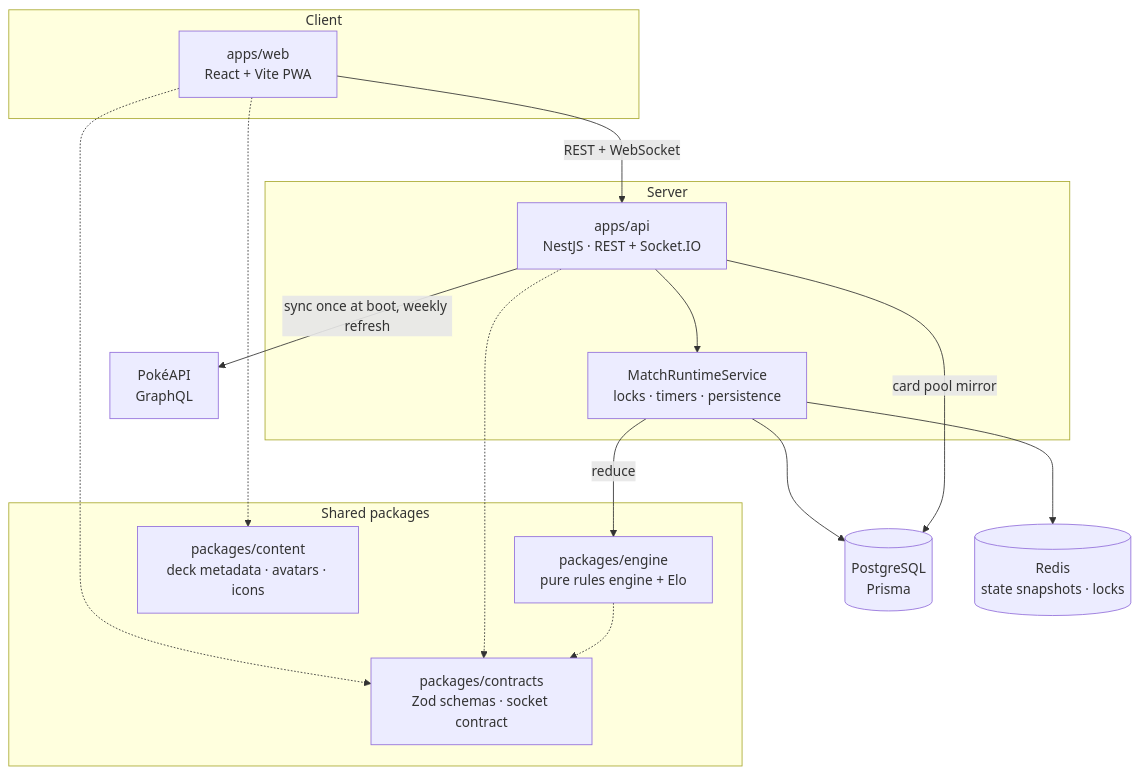
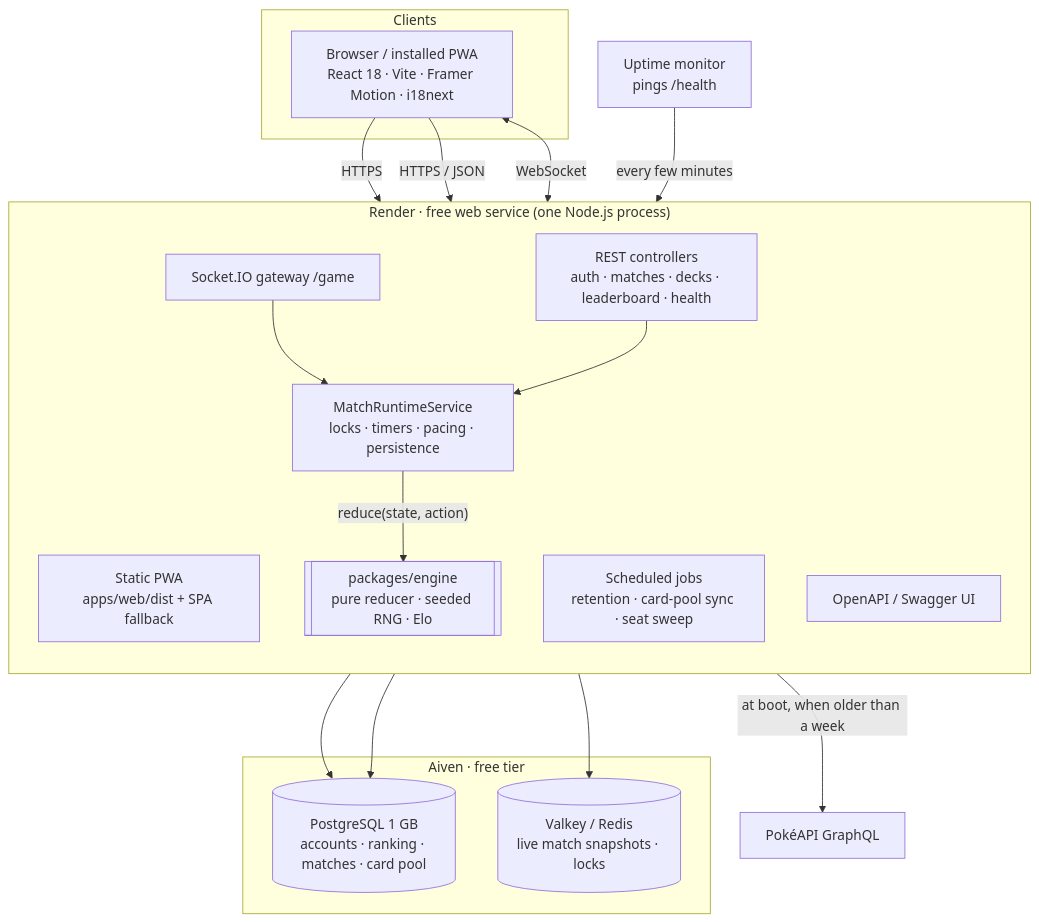
The second of 7 diagrams in README.md (RafArenasDev/Kardux-Battle), drawn with Mermaid before and after one commit. The commit also changed other lines of this file and 14 other files, not shown here.

````diff
--- a/README.md
+++ b/README.md
@@ -107,30 +225,37 @@
 ```mermaid
-graph TD
-    subgraph Client
-        WEB[apps/web<br/>React + Vite PWA]
+graph TB
+    subgraph Clients
+        BROWSER[Browser / installed PWA<br/>React 18 · Vite · Framer Motion · i18next]
     end
-    subgraph Server
-        API[apps/api<br/>NestJS · REST + Socket.IO]
-        RUNTIME[MatchRuntimeService<br/>locks · timers · persistence]
+
+    subgraph Render["Render · free web service (one Node.js process)"]
+        direction TB
+        STATIC[Static PWA<br/>apps/web/dist + SPA fallback]
+        REST[REST controllers<br/>auth · matches · decks · leaderboard · health]
+        WS[Socket.IO gateway /game]
+        RUNTIME[MatchRuntimeService<br/>locks · timers · pacing · persistence]
+        ENGINE[[packages/engine<br/>pure reducer · seeded RNG · Elo]]
+        JOBS[Scheduled jobs<br/>retention · card-pool sync · seat sweep]
+        SWAGGER[OpenAPI / Swagger UI]
     end
-    subgraph Shared packages
-        ENGINE[packages/engine<br/>pure rules engine + Elo]
-        CONTRACTS[packages/contracts<br/>Zod schemas · socket contract]
-        CONTENT[packages/content<br/>deck metadata · avatars · icons]
+
+    subgraph Aiven["Aiven · free tier"]
+        PG[(PostgreSQL 1 GB<br/>accounts · ranking · matches · card pool)]
+        VALKEY[(Valkey / Redis<br/>live match snapshots · locks)]
     end
-    DB[(PostgreSQL<br/>Prisma)]
-    CACHE[(Redis<br/>state snapshots · locks)]
-    POKEAPI[PokéAPI<br/>GraphQL]
 
-    WEB -->|REST + WebSocket| API
-    API --> RUNTIME
-    RUNTIME -->|reduce| ENGINE
-    WEB -.-> CONTRACTS
-    WEB -.-> CONTENT
-    API -.-> CONTRACTS
-    ENGINE -.-> CONTRACTS
-    RUNTIME --> DB
-    RUNTIME --> CACHE
-    API -->|sync once at boot, weekly refresh| POKEAPI
-    API -->|card pool mirror| DB
+    POKEAPI[PokéAPI GraphQL]
+    MONITOR[Uptime monitor<br/>pings /health]
+
+    BROWSER -- HTTPS --> STATIC
+    BROWSER -- HTTPS / JSON --> REST
+    BROWSER <-- WebSocket --> WS
+    WS --> RUNTIME
+    REST --> RUNTIME
+    RUNTIME -- "reduce(state, action)" --> ENGINE
+    RUNTIME --> PG
+    RUNTIME --> VALKEY
+    JOBS --> PG
+    JOBS -- "at boot, when older than a week" --> POKEAPI
+    MONITOR -- "every few minutes" --> REST
 ```
````
